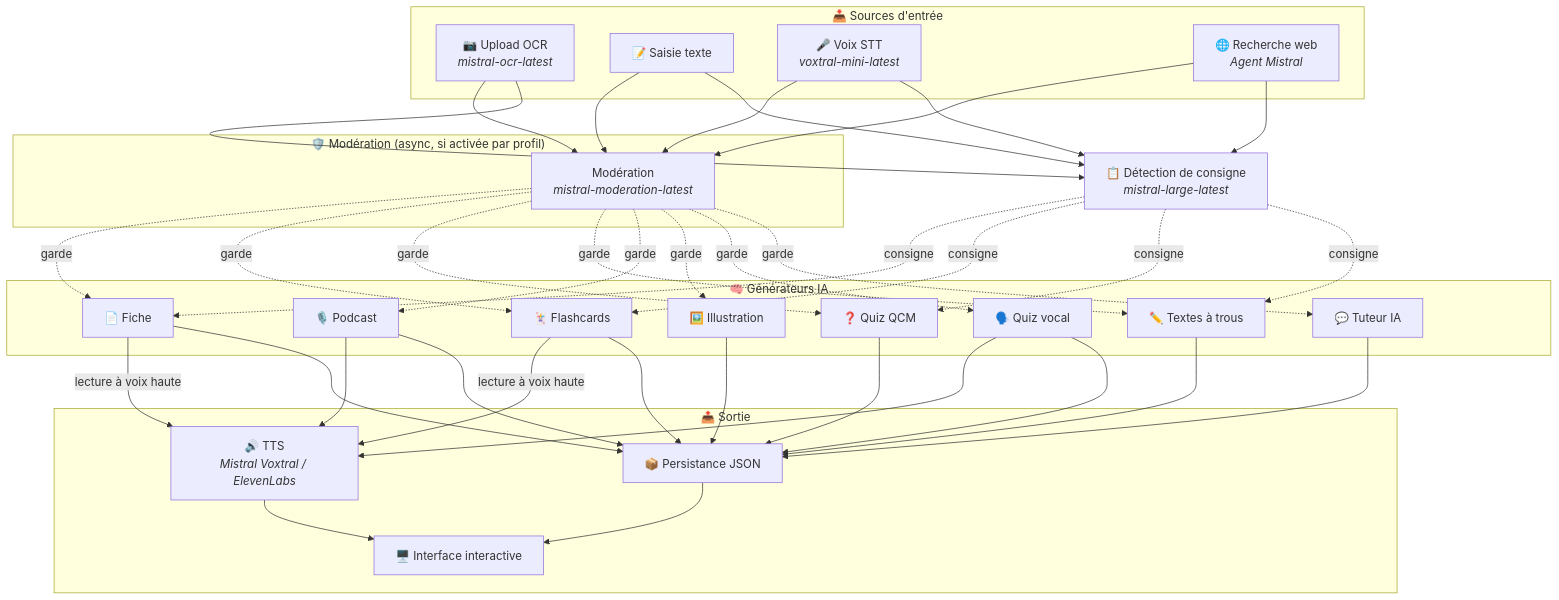
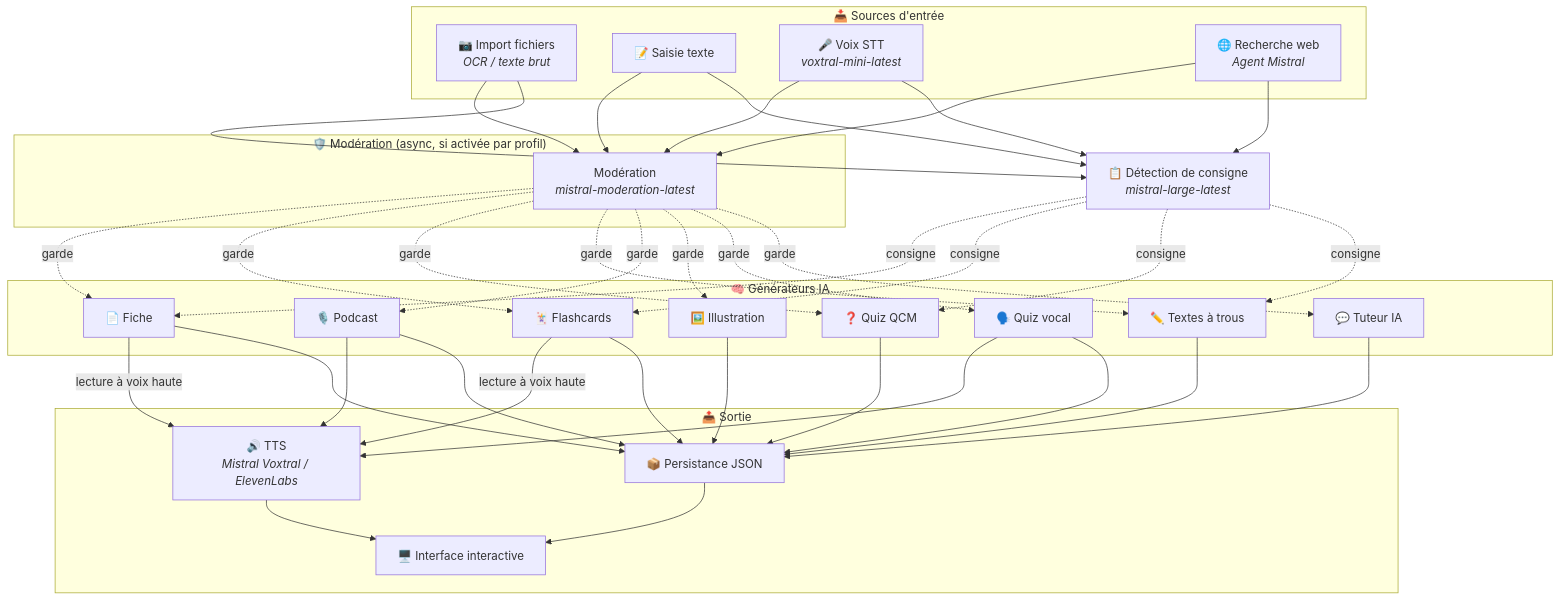
The first of 3 diagrams in README-ar.md (jls42/EurekAI), drawn with Mermaid before and after one commit. The commit also changed other lines of this file and 31 other files, not shown here.

````diff
--- a/README-ar.md
+++ b/README-ar.md
@@ -72,43 +72,43 @@
 ```mermaid
 graph TD
     subgraph "📥 Sources d'entrée"
-        OCR["📷 Upload OCR<br/><i>mistral-ocr-latest</i>"]
+        OCR["📷 Import fichiers<br/><i>OCR / texte brut</i>"]
         TXT["📝 Saisie texte"]
         MIC["🎤 Voix STT<br/><i>voxtral-mini-latest</i>"]
         WEB["🌐 Recherche web<br/><i>Agent Mistral</i>"]
     end
 
     subgraph "🛡️ Modération (async, si activée par profil)"
         MOD["Modération<br/><i>mistral-moderation-latest</i>"]
     end
 
     CON["📋 Détection de consigne<br/><i>mistral-large-latest</i>"]
 
     subgraph "🧠 Générateurs IA"
         SUM["📄 Fiche"]
         FC["🃏 Flashcards"]
         QZ["❓ Quiz QCM"]
         FB["✏️ Textes à trous"]
         POD["🎙️ Podcast"]
         IMG["🖼️ Illustration"]
         QV["🗣️ Quiz vocal"]
         CHAT["💬 Tuteur IA"]
     end
 
     subgraph "📤 Sortie"
         TTS["🔊 TTS<br/><i>Mistral Voxtral / ElevenLabs</i>"]
         JSON["📦 Persistance JSON"]
         UI["🖥️ Interface interactive"]
     end
 
     OCR & TXT & MIC & WEB --> MOD
     OCR & TXT & MIC & WEB --> CON
     MOD -.->|garde| SUM & FC & QZ & FB & POD & IMG & QV & CHAT
     CON -.->|consigne| SUM & FC & QZ & FB
     POD --> TTS
     QV --> TTS
     SUM & FC -->|lecture à voix haute| TTS
     SUM & FC & QZ & FB & POD & IMG & QV & CHAT --> JSON
     JSON --> UI
     TTS --> UI
 ```
````
